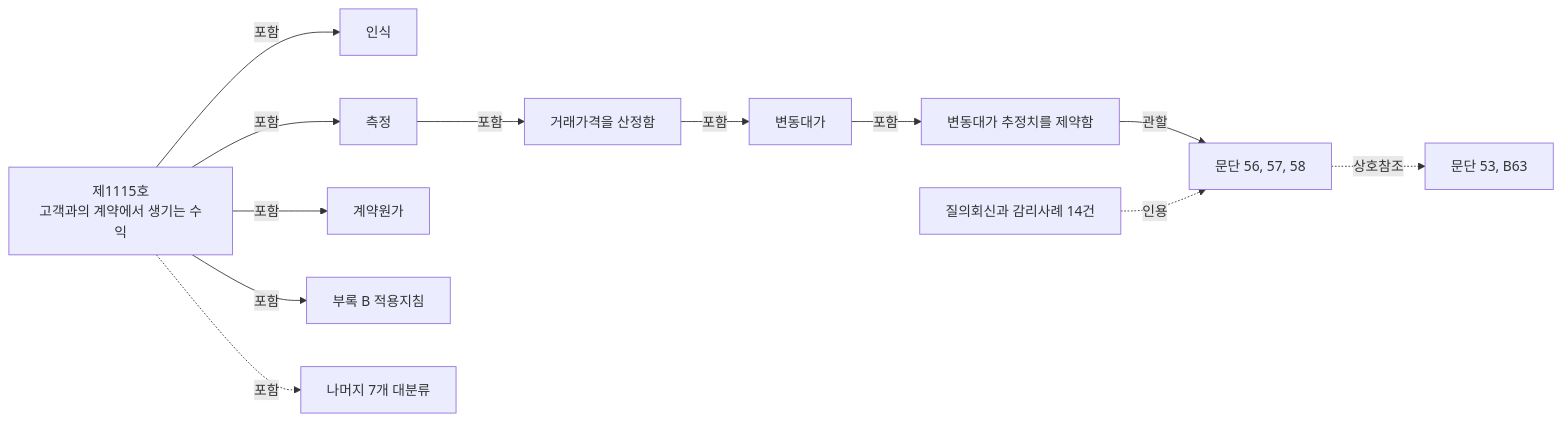
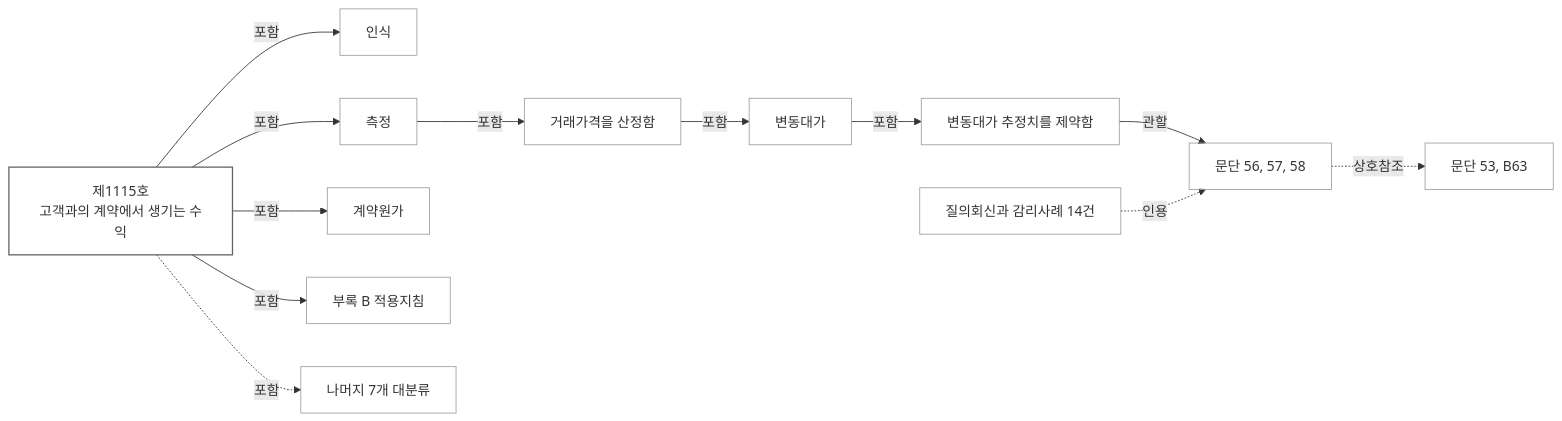
Before and after one commit to ghdtjrgns321-creator/k-ifrs-1115: the second of 4 diagrams in README.md, drawn with Mermaid. The commit also changed other lines of this file, not shown here.

Commit message:
docs(readme): 머메이드 다이어그램 3종 스타일 통일

````diff
--- a/README.md
+++ b/README.md
@@ -80,16 +80,21 @@
 ```mermaid
-graph LR
+flowchart LR
     R["제1115호<br/>고객과의 계약에서 생기는 수익"]
     R -->|포함| T3["인식"]
     R -->|포함| T4["측정"]
     R -->|포함| T5["계약원가"]
     R -->|포함| T8["부록 B 적용지침"]
     R -.->|포함| ETC["나머지 7개 대분류"]
 
     T4 -->|포함| M1["거래가격을 산정함"]
     M1 -->|포함| M2["변동대가"]
     M2 -->|포함| M3["변동대가 추정치를 제약함"]
     M3 -->|관할| P["문단 56, 57, 58"]
     P -.->|상호참조| P2["문단 53, B63"]
     S["질의회신과 감리사례 14건"] -.->|인용| P
+
+    classDef step fill:none,stroke:#9aa0a6,stroke-width:1px
+    classDef port fill:none,stroke:#5f6368,stroke-width:1.5px
+    class T3,T4,T5,T8,ETC,M1,M2,M3,P,P2,S step
+    class R port
 ```
````
